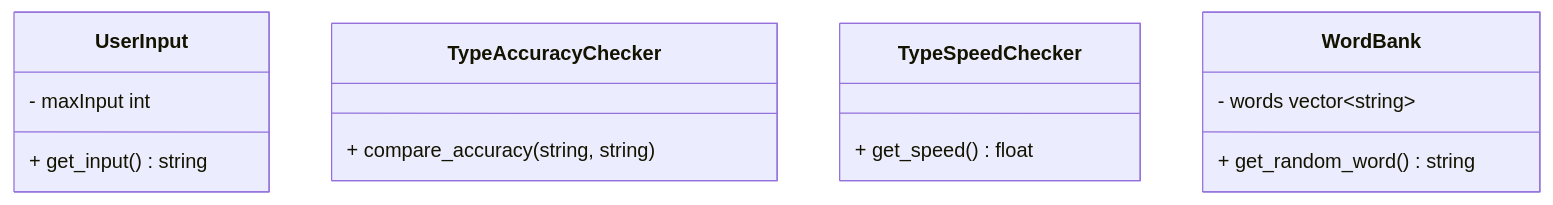
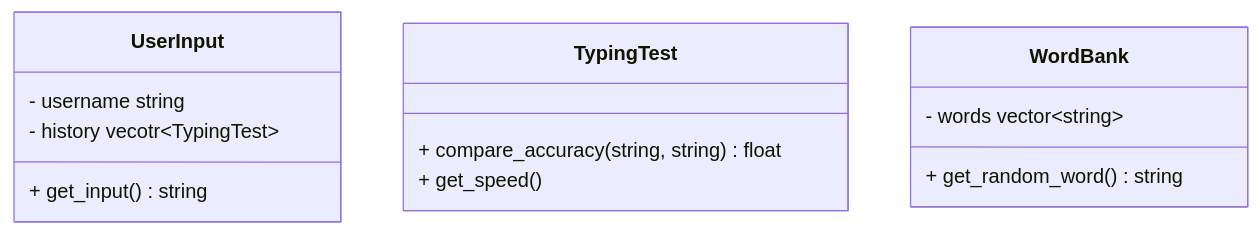
The diagram in README.md (Trashcan445/tippitytappity-design), drawn with Mermaid before and after one commit.

````diff
--- a/README.md
+++ b/README.md
@@ -8,17 +8,16 @@
 ```mermaid
 classDiagram
-  class UserInput{
-        - maxInput int
-        + get_input() string
-  }
-  class TypeAccuracyChecker{
-        + compare_accuracy(string, string)
-  }
-  class TypeSpeedChecker{
-        + get_speed() float
-  }
+class UserInput{
+      - username string
+      - history vecotr~TypingTest~
+      + get_input() string
+}
+class TypingTest{
+  + compare_accuracy(string, string) float
+  + get_speed()
+}
 class WordBank{
         - words vector~string~
         + get_random_word() string
 }
 ```
````
